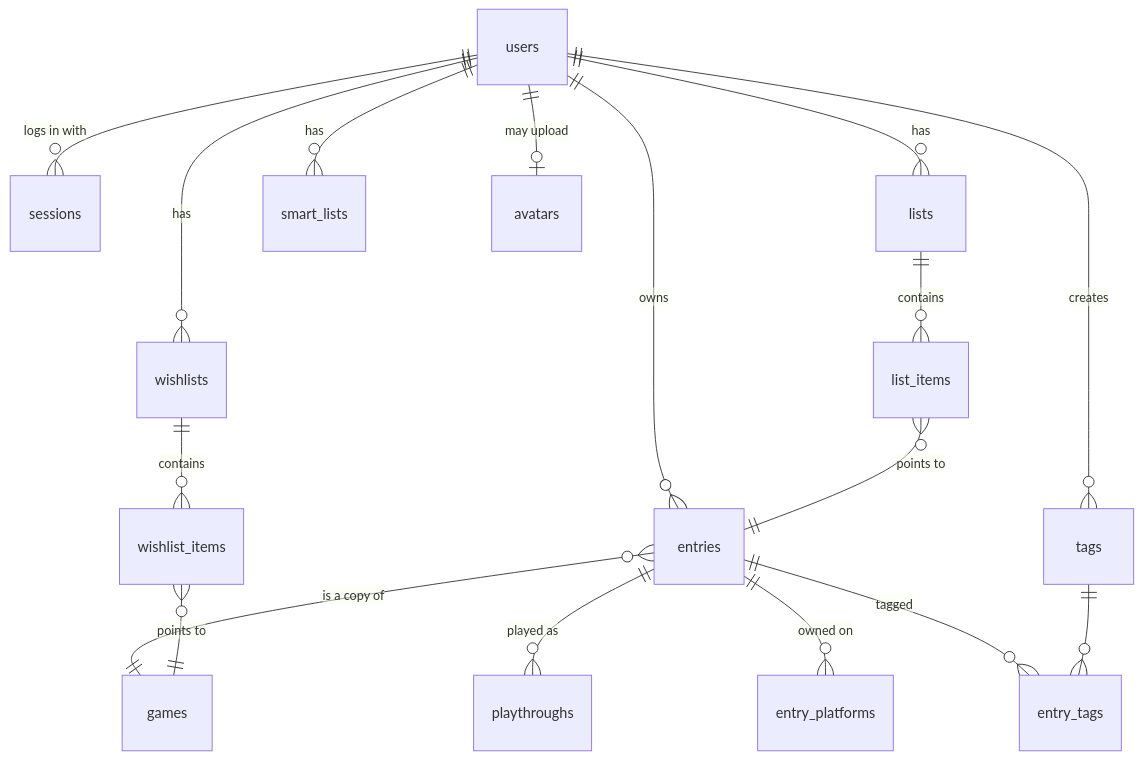
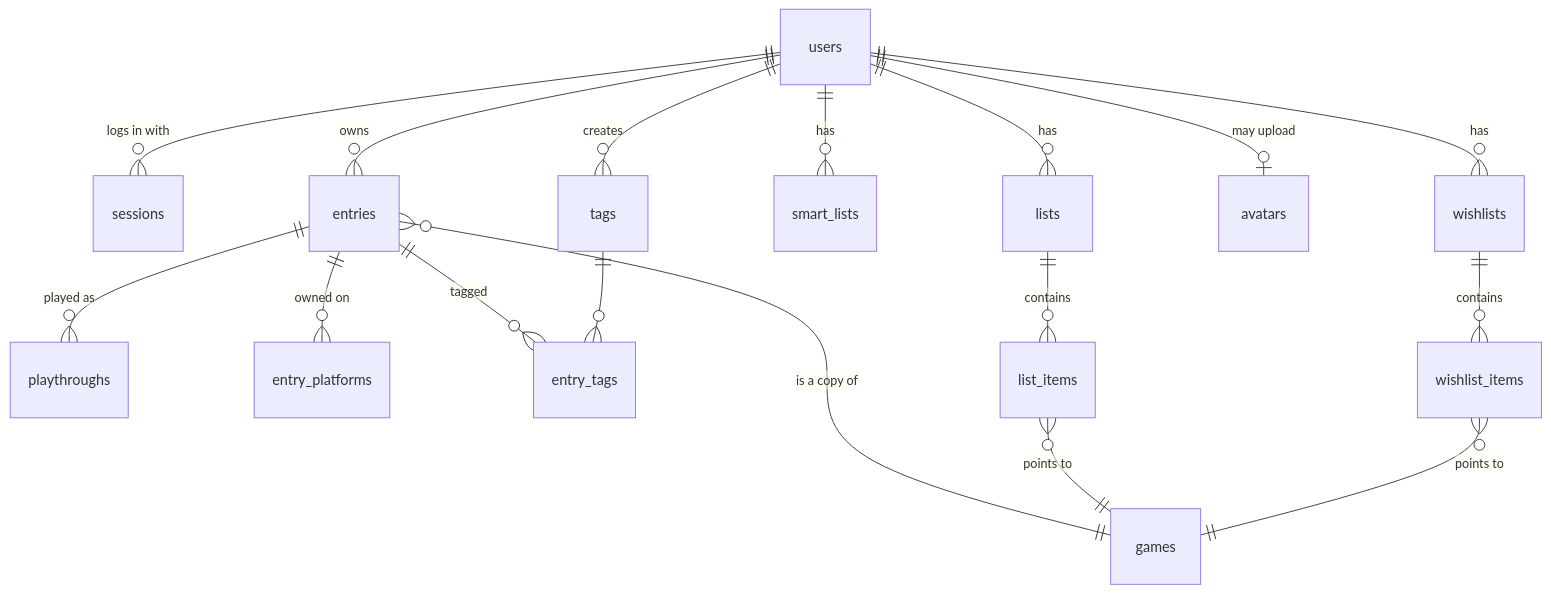
Before and after one commit to joeattardi/gamequeue: the fifth of 21 diagrams in OVERVIEW.md, drawn with Mermaid. The commit also changed other lines of this file and 42 other files, not shown here.

````diff
--- a/OVERVIEW.md
+++ b/OVERVIEW.md
@@ -226,20 +226,20 @@
 ```mermaid
 erDiagram
     users ||--o{ sessions : "logs in with"
     users ||--o{ entries : "owns"
     users ||--o{ lists : "has"
     users ||--o{ smart_lists : "has"
     users ||--o{ wishlists : "has"
     users ||--o| avatars : "may upload"
     users ||--o{ tags : "creates"
 
     entries }o--|| games : "is a copy of"
     entries ||--o{ playthroughs : "played as"
     entries ||--o{ entry_platforms : "owned on"
     entries ||--o{ entry_tags : "tagged"
     tags ||--o{ entry_tags : ""
     lists ||--o{ list_items : "contains"
-    list_items }o--|| entries : "points to"
+    list_items }o--|| games : "points to"
     wishlists ||--o{ wishlist_items : "contains"
     wishlist_items }o--|| games : "points to"
 ```
````
